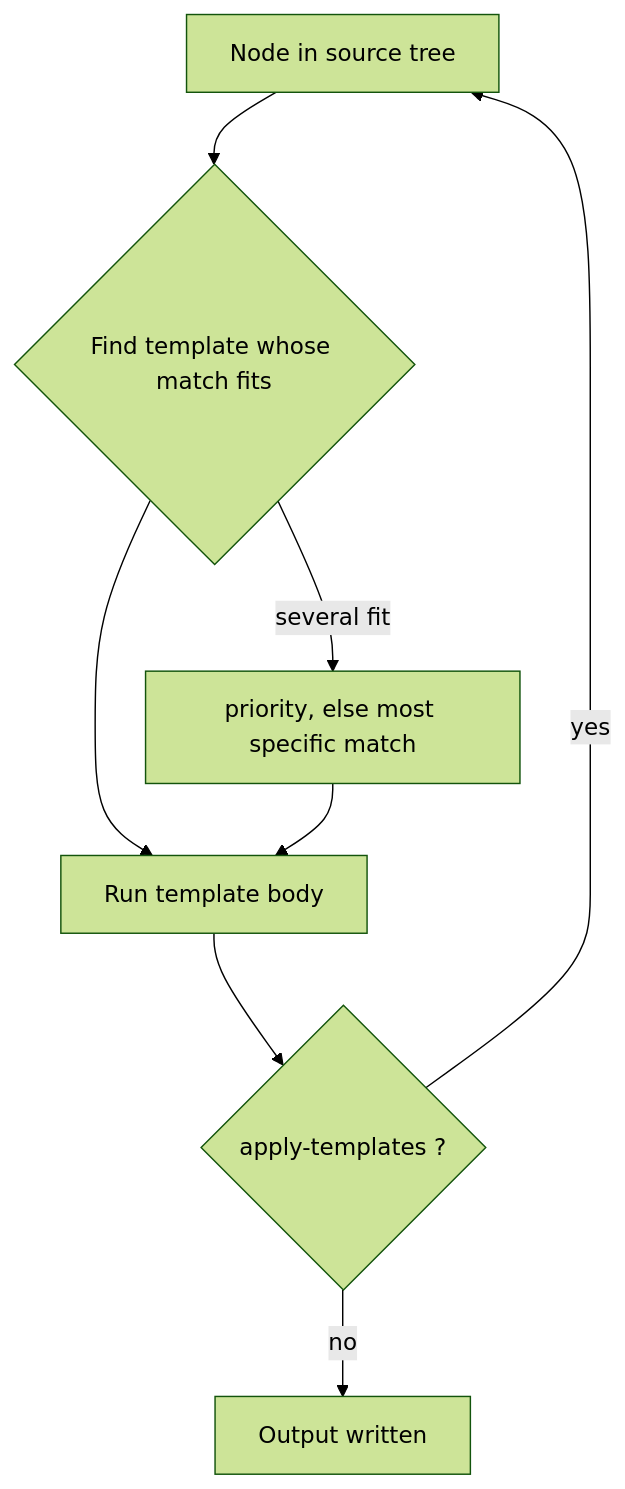
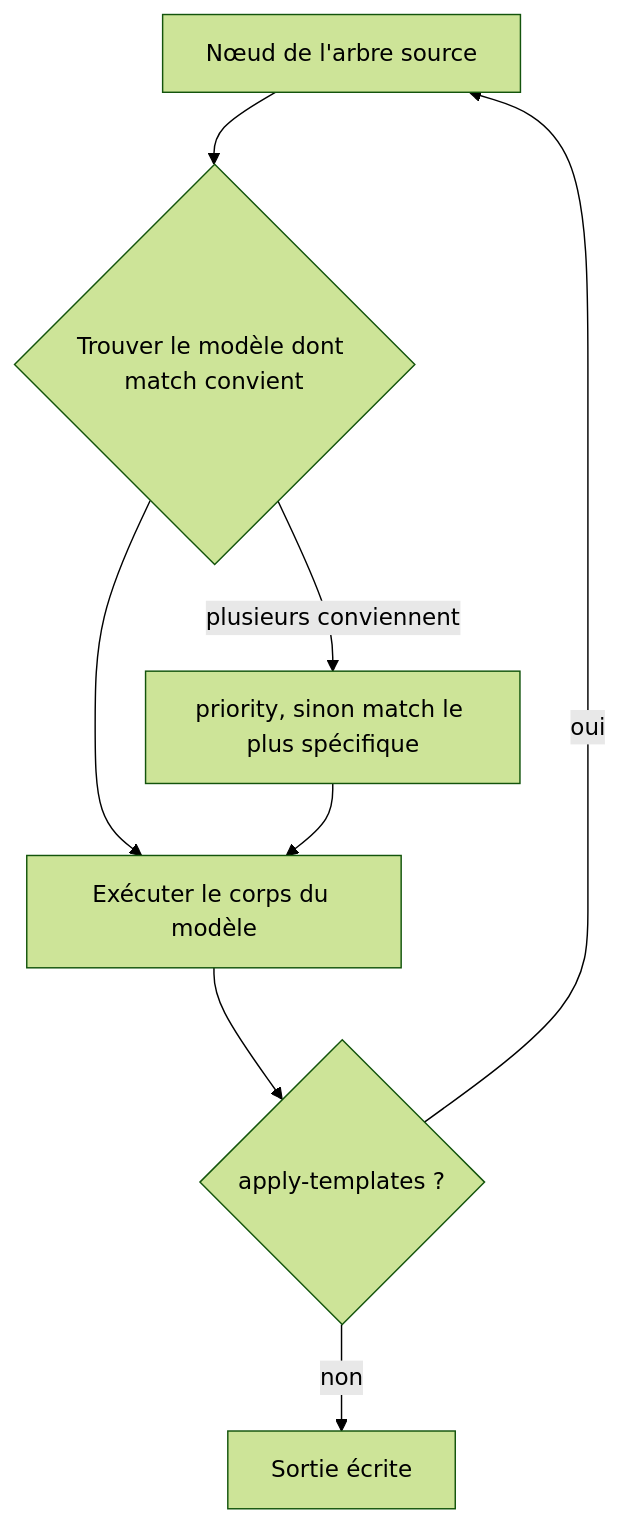
Diagram 12 of 14 in SOA/XML_Technologies_Study_Guide.md (ghaithsoltani/my-courses), drawn with Mermaid (forest theme) before and after one commit. The commit also changed other lines of this file and 9 other files, not shown here.

````diff
--- a/SOA/XML_Technologies_Study_Guide.md
+++ b/SOA/XML_Technologies_Study_Guide.md
@@ -862,10 +862,10 @@
 ```mermaid
 flowchart TD
-    A["Node in source tree"] --> B{"Find template whose match fits"}
-    B -->|several fit| C["priority, else most specific match"]
-    B --> D["Run template body"]
+    A["Nœud de l'arbre source"] --> B{"Trouver le modèle dont match convient"}
+    B -->|plusieurs conviennent| C["priority, sinon match le plus spécifique"]
+    B --> D["Exécuter le corps du modèle"]
     C --> D
     D --> E{"apply-templates ?"}
-    E -->|yes| A
-    E -->|no| F["Output written"]
+    E -->|oui| A
+    E -->|non| F["Sortie écrite"]
 ```
````
